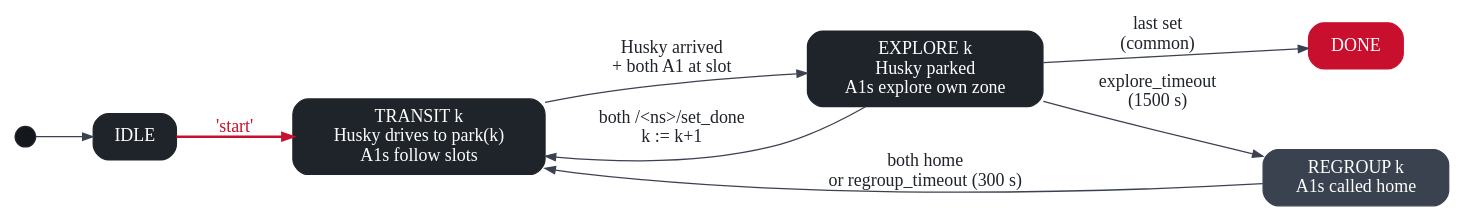
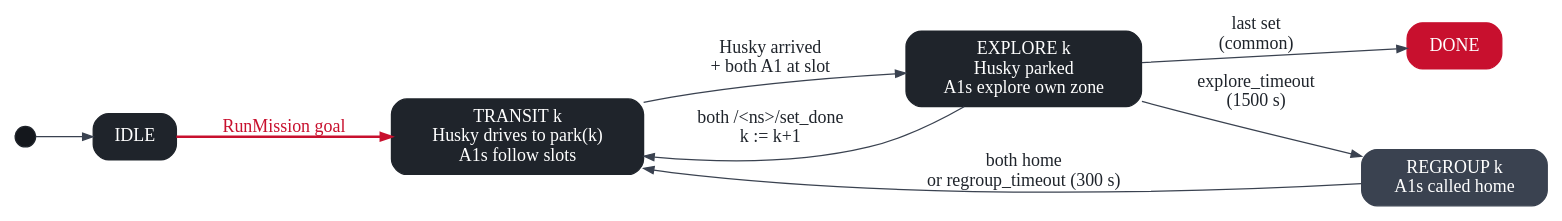
Before and after one commit to nhd2642/ros2_hw: the diagram in docs_site/diagrams/mission_states.dot, drawn with Graphviz. The commit also changed 59 other files, not shown here.

```diff
--- a/docs_site/diagrams/mission_states.dot
+++ b/docs_site/diagrams/mission_states.dot
@@ -1,14 +1,14 @@
 digraph mission_states {
   rankdir=LR; nodesep=0.5; ranksep=0.6;
   node [shape=box, style="rounded,filled", fillcolor="#1F242B", fontcolor="white", color="#1F242B", margin="0.2,0.1"];
   edge [color="#3A4250", fontcolor="#1F242B", arrowsize=0.8];
   start [shape=circle, label="", width=0.22, fillcolor="#14171C"];
   done [label="DONE", fillcolor="#C8102E", color="#C8102E"];
   IDLE; TRANSIT [label="TRANSIT k\nHusky drives to park(k)\nA1s follow slots"]; EXPLORE [label="EXPLORE k\nHusky parked\nA1s explore own zone"]; REGROUP [label="REGROUP k\nA1s called home", fillcolor="#3A4250", color="#3A4250"];
-  start -> IDLE; IDLE -> TRANSIT [label=" 'start'", color="#C8102E", fontcolor="#C8102E", penwidth=2];
+  start -> IDLE; IDLE -> TRANSIT [label=" RunMission goal", color="#C8102E", fontcolor="#C8102E", penwidth=2];
   TRANSIT -> EXPLORE [label=" Husky arrived\n + both A1 at slot"];
   EXPLORE -> TRANSIT [label=" both /<ns>/set_done\n k := k+1"];
   EXPLORE -> REGROUP [label=" explore_timeout\n (1500 s)"];
   REGROUP -> TRANSIT [label=" both home\n or regroup_timeout (300 s)"];
   EXPLORE -> done [label=" last set\n (common)"];
 }
```
